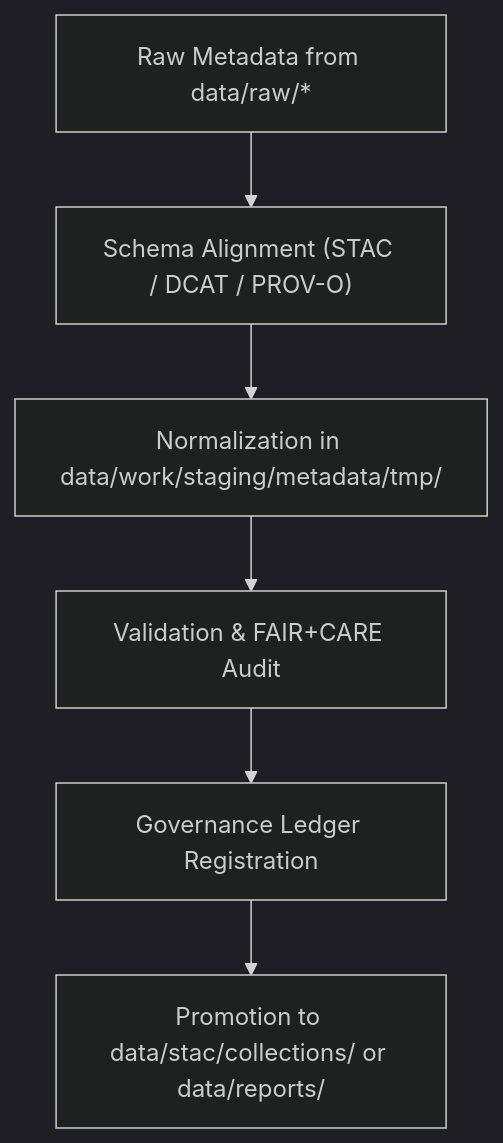
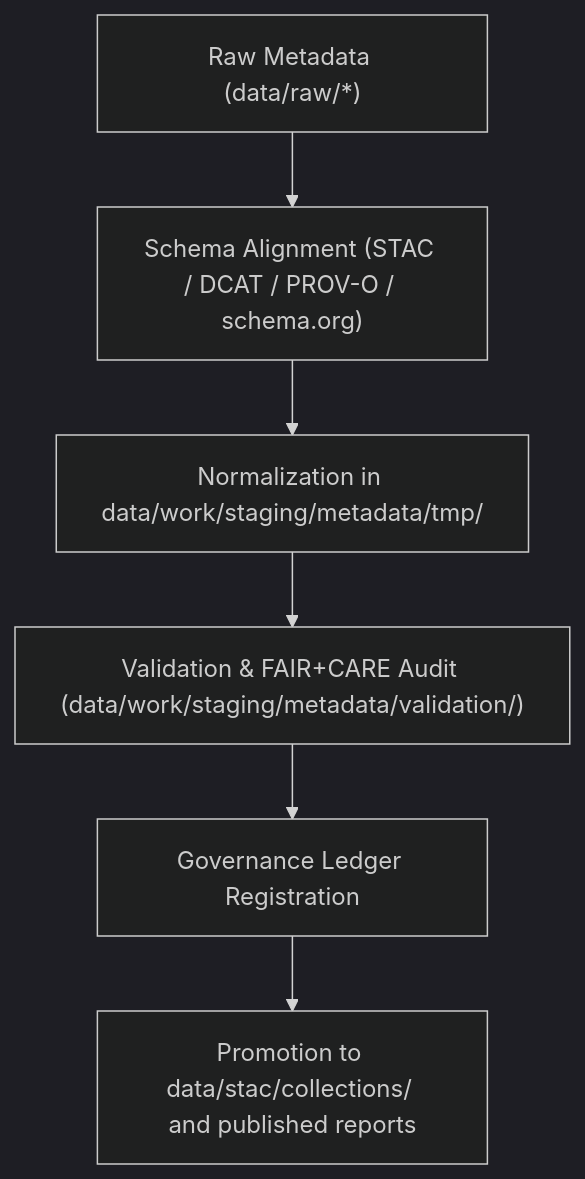
One commit to bartytime4life/Kansas-Frontier-Matrix changed the diagram in data/work/staging/metadata/README.md. Above: the diagram before and after it, drawn with Mermaid (dark theme). The commit also changed other lines of this file, not shown here.

````diff
--- a/data/work/staging/metadata/README.md
+++ b/data/work/staging/metadata/README.md
@@ -70,8 +78,8 @@
 ```mermaid
 flowchart TD
-    A["Raw Metadata from data/raw/*"] --> B["Schema Alignment (STAC / DCAT / PROV-O)"]
+    A["Raw Metadata (data/raw/*)"] --> B["Schema Alignment (STAC / DCAT / PROV-O / schema.org)"]
     B --> C["Normalization in data/work/staging/metadata/tmp/"]
-    C --> D["Validation & FAIR+CARE Audit"]
+    C --> D["Validation & FAIR+CARE Audit (data/work/staging/metadata/validation/)"]
     D --> E["Governance Ledger Registration"]
-    E --> F["Promotion to data/stac/collections/ or data/reports/"]
+    E --> F["Promotion to data/stac/collections/ and published reports"]
 ```
````
